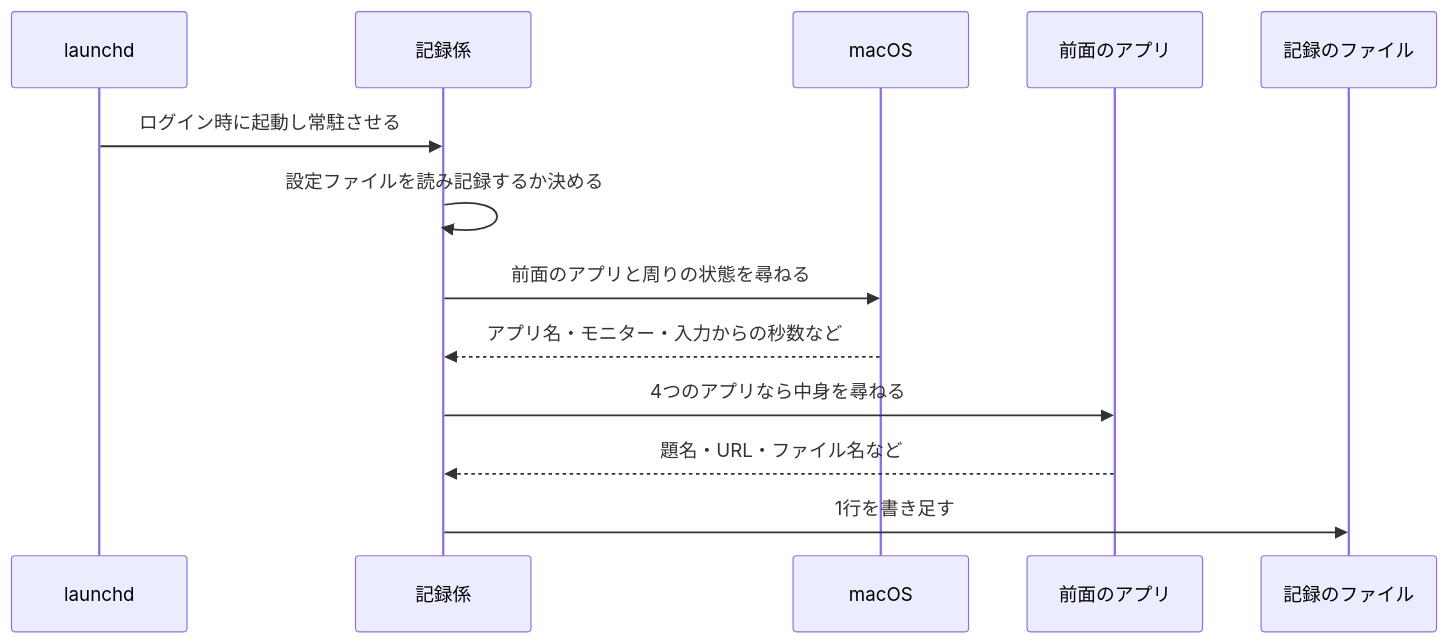
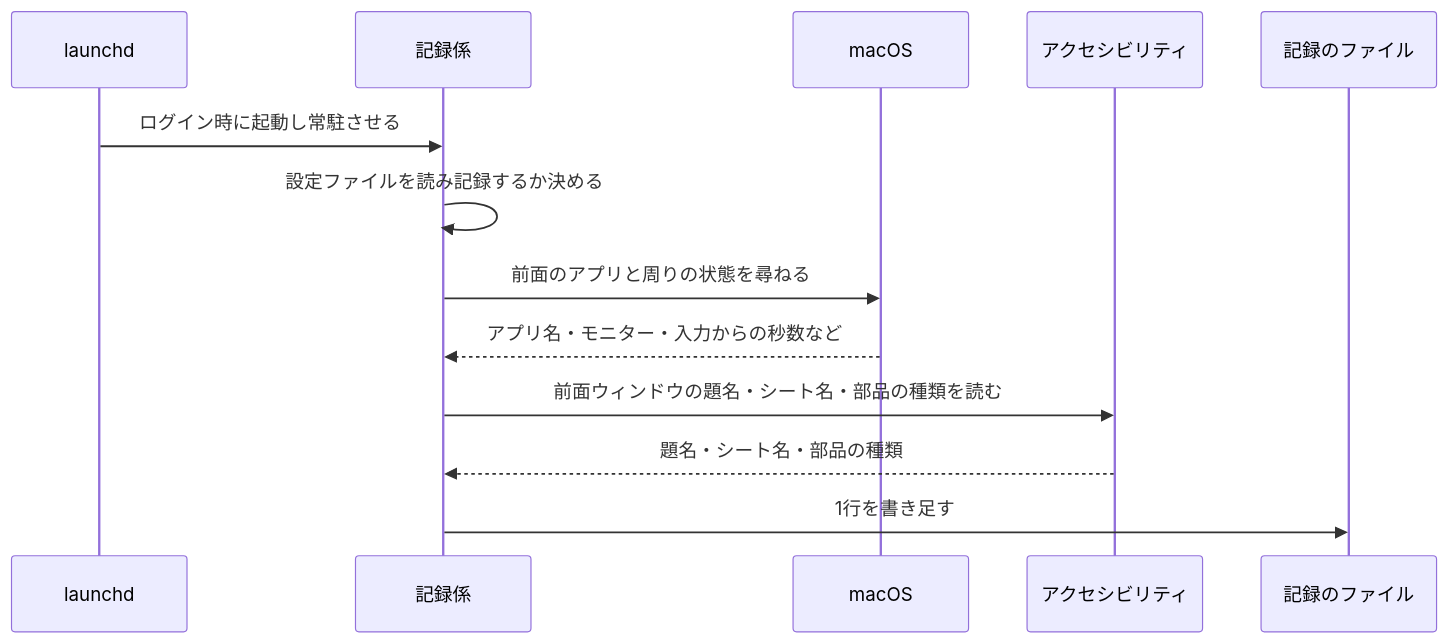
The second of 4 diagrams in apps/routine-work-finder/specs/activity-recording/design.md (dnode-ryosuke-yamazaki/study), drawn with Mermaid before and after one commit. The commit also changed other lines of this file and 9 other files, not shown here.

````diff
--- a/apps/routine-work-finder/specs/activity-recording/design.md
+++ b/apps/routine-work-finder/specs/activity-recording/design.md
@@ -83,15 +83,15 @@
 ```mermaid
 sequenceDiagram
     participant L as launchd
     participant R as 記録係
     participant M as macOS
-    participant A as 前面のアプリ
+    participant A as アクセシビリティ
     participant D as 記録のファイル
     L->>R: ログイン時に起動し常駐させる
     R->>R: 設定ファイルを読み記録するか決める
     R->>M: 前面のアプリと周りの状態を尋ねる
     M-->>R: アプリ名・モニター・入力からの秒数など
-    R->>A: 4つのアプリなら中身を尋ねる
-    A-->>R: 題名・URL・ファイル名など
+    R->>A: 前面ウィンドウの題名・シート名・部品の種類を読む
+    A-->>R: 題名・シート名・部品の種類
     R->>D: 1行を書き足す
 ```
````
